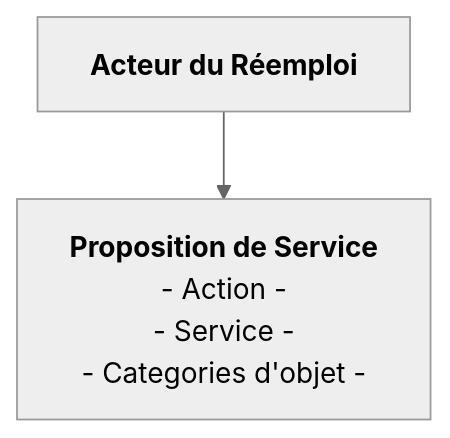
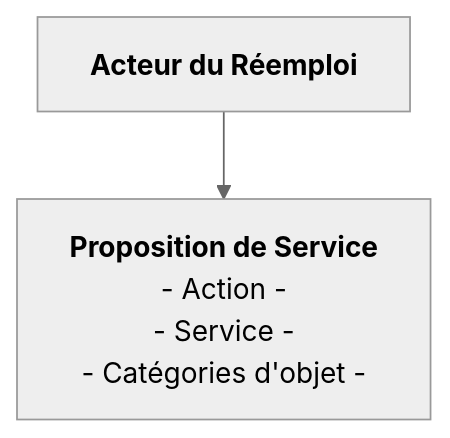
Before and after one commit to incubateur-ademe/quefairedemesobjets: the diagram in README.md, drawn with Mermaid (neutral theme). The commit also changed other lines of this file and 2 other files, not shown here.

````diff
--- a/README.md
+++ b/README.md
@@ -48,9 +48,9 @@
 ```mermaid
 flowchart TD
     actor["`**Acteur du Réemploi**`"]
     service_offer["`**Proposition de Service**
     - Action -
     - Service -
-    - Categories d'objet -`"]
+    - Catégories d'objet -`"]
     actor --> service_offer
 ```
````
